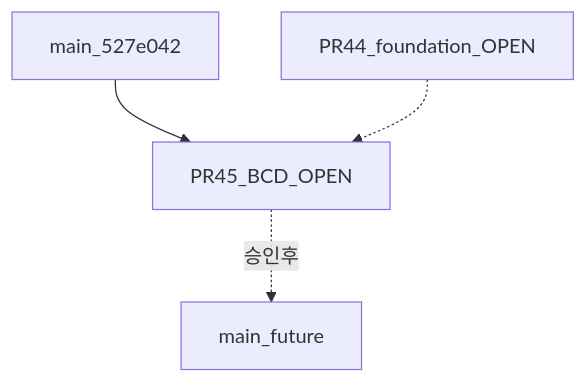
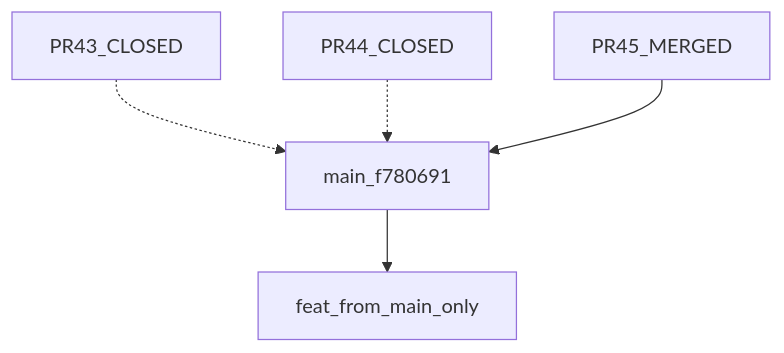
Before and after one commit to happysuyeun-rgb/plan_os: the first of 3 diagrams in docs/plans/PLANOS_DEPENDENCY_ROADMAP_2026-10-23.md, drawn with Mermaid. The commit also changed other lines of this file and 6 other files, not shown here.

````diff
--- a/docs/plans/PLANOS_DEPENDENCY_ROADMAP_2026-10-23.md
+++ b/docs/plans/PLANOS_DEPENDENCY_ROADMAP_2026-10-23.md
@@ -7,6 +7,7 @@
 ```mermaid
 flowchart TB
-  main527[main_527e042] --> pr45[PR45_BCD_OPEN]
-  pr44[PR44_foundation_OPEN] -.-> pr45
-  pr45 -.->|승인후| mainNext[main_future]
+  mainF780[main_f780691] --> nextFeat[feat_from_main_only]
+  closed43[PR43_CLOSED] -.-> mainF780
+  closed44[PR44_CLOSED] -.-> mainF780
+  merged45[PR45_MERGED] --> mainF780
 ```
````
